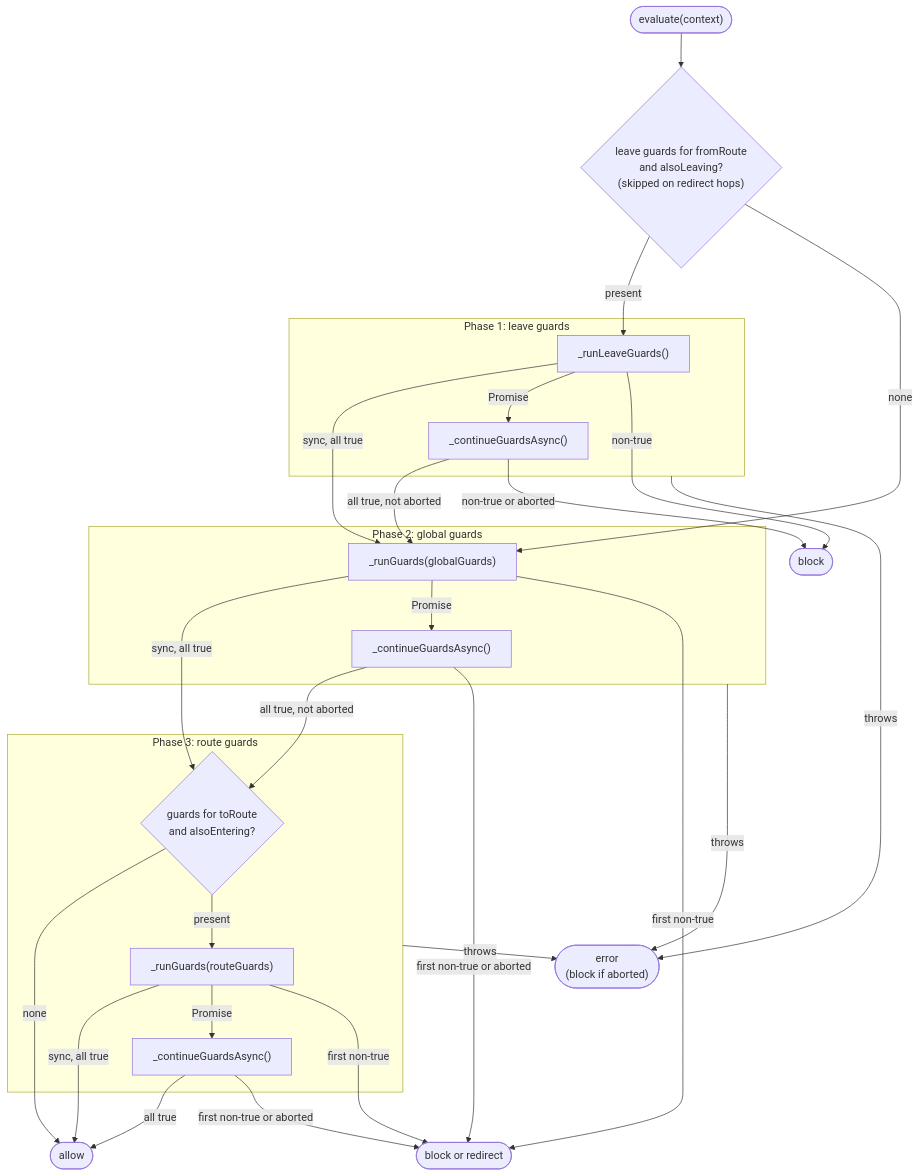
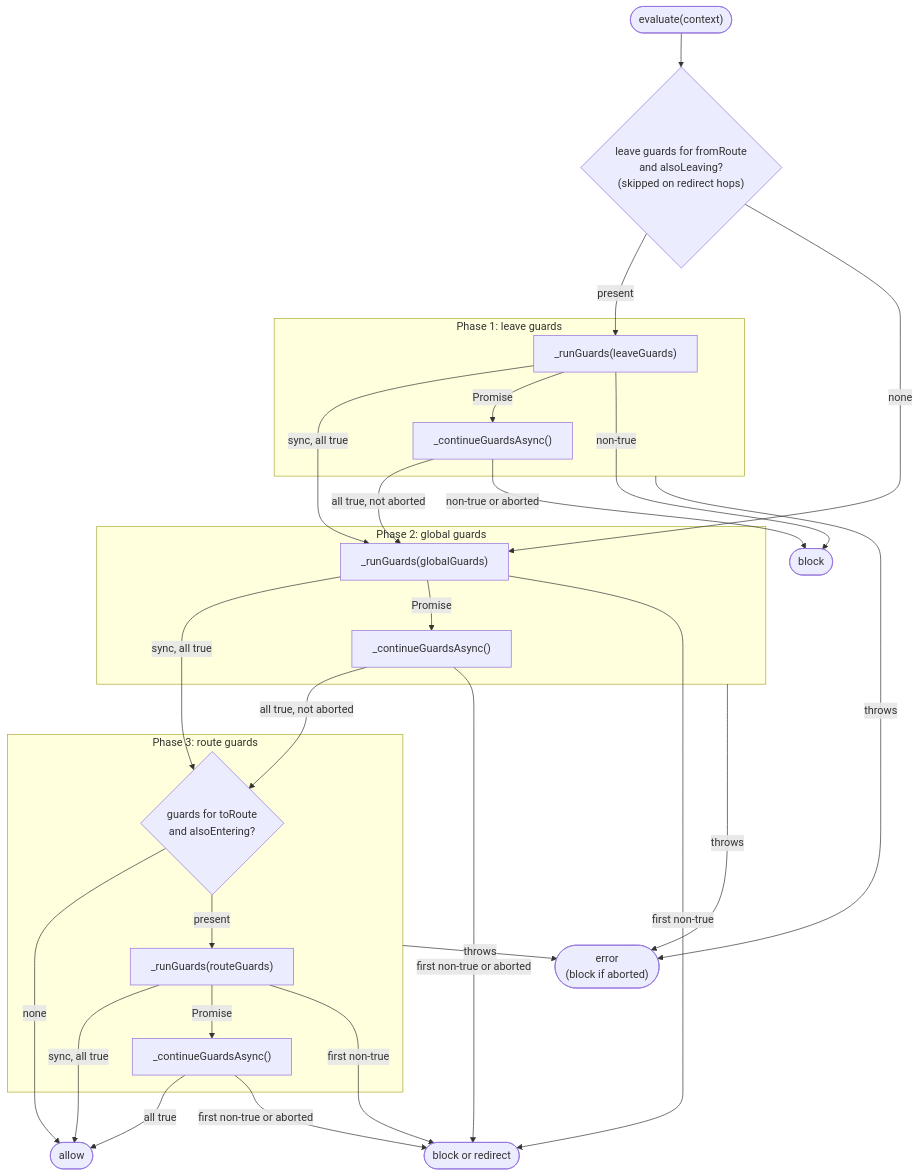
One commit to wridgeu/ui5-lib-guard-router changed the fourth of 9 diagrams in docs/reference/architecture.md. Above: the diagram before and after it, drawn with Mermaid. The commit also changed other lines of this file and 14 other files, not shown here.

````diff
--- a/docs/reference/architecture.md
+++ b/docs/reference/architecture.md
@@ -582,47 +589,47 @@
 ```mermaid
 flowchart TD
     start(["evaluate(context)"]) --> lcheck{"leave guards for fromRoute<br/>and alsoLeaving?<br/>(skipped on redirect hops)"}
 
     subgraph phase1 ["Phase 1: leave guards"]
-        lrun["_runLeaveGuards()"]
+        lrun["_runGuards(leaveGuards)"]
         lfin["_continueGuardsAsync()"]
     end
 
     subgraph phase2 ["Phase 2: global guards"]
         gsync["_runGuards(globalGuards)"]
         gfin["_continueGuardsAsync()"]
     end
 
     subgraph phase3 ["Phase 3: route guards"]
         rcheck{"guards for toRoute<br/>and alsoEntering?"}
         rsync["_runGuards(routeGuards)"]
         rfin["_continueGuardsAsync()"]
     end
 
     lcheck -- "present" --> lrun
     lcheck -- "none" --> gsync
     lrun -- "sync, all true" --> gsync
     lrun -- "Promise" --> lfin
     lfin -- "all true, not aborted" --> gsync
 
     gsync -- "sync, all true" --> rcheck
     gsync -- "Promise" --> gfin
     gfin -- "all true, not aborted" --> rcheck
 
     rcheck -- "none" --> allow(["allow"])
     rcheck -- "present" --> rsync
     rsync -- "sync, all true" --> allow
     rsync -- "Promise" --> rfin
     rfin -- "all true" --> allow
 
     lrun -- "non-true" --> block(["block"])
     lfin -- "non-true or aborted" --> block
     gsync -- "first non-true" --> result(["block or redirect"])
     gfin -- "first non-true or aborted" --> result
     rsync -- "first non-true" --> result
     rfin -- "first non-true or aborted" --> result
 
     phase1 -- "throws" --> error(["error<br/>(block if aborted)"])
     phase2 -- "throws" --> error
     phase3 -- "throws" --> error
 ```
````
